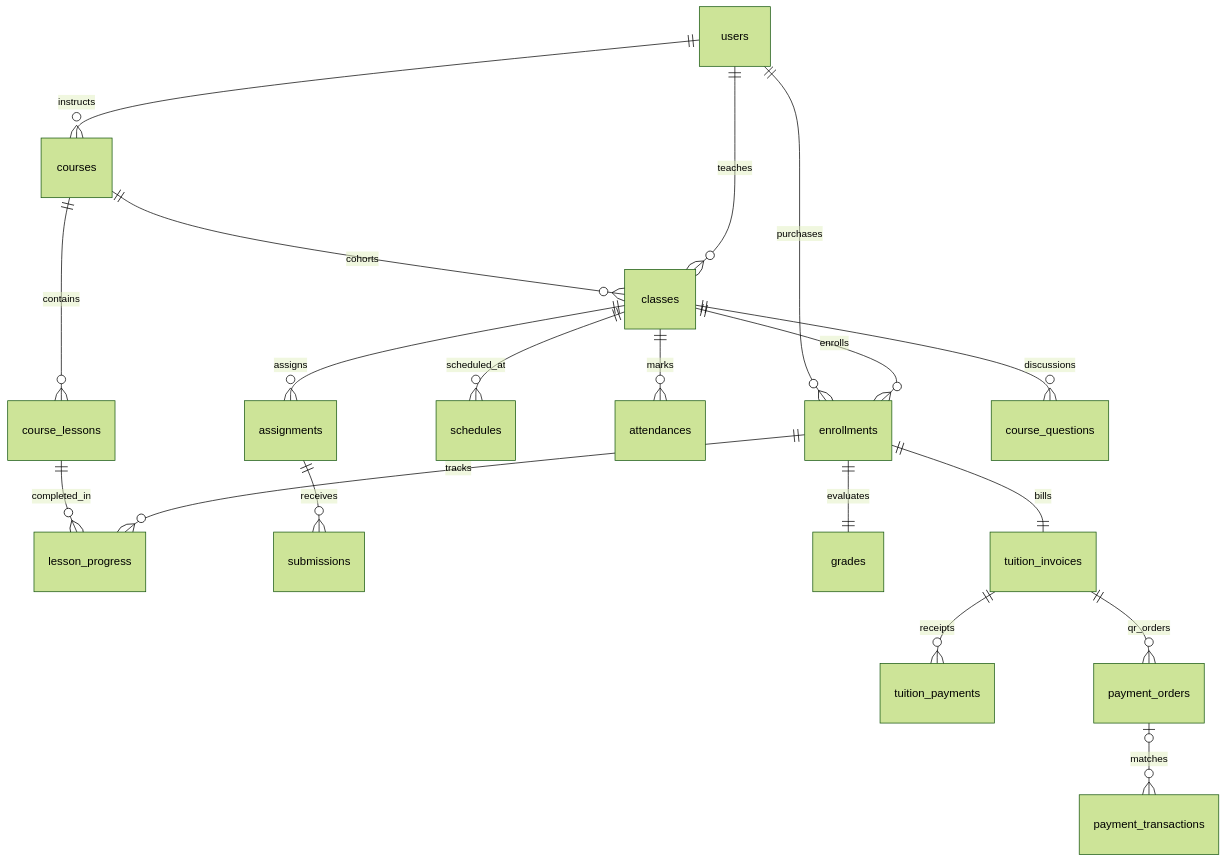
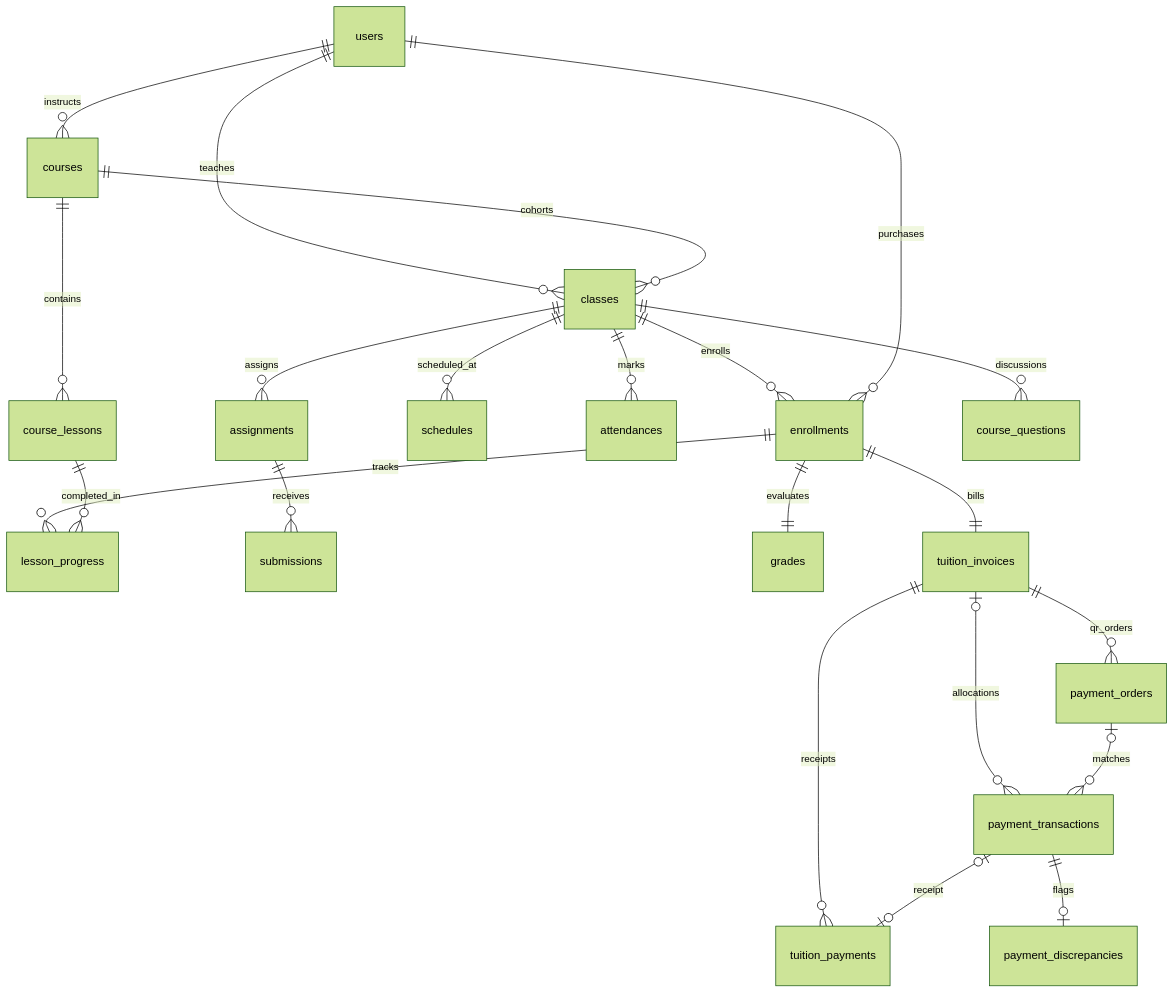
The fourth of 4 diagrams in Education Management System.md (tranminhtamtt/Education-Management-System), drawn with Mermaid (forest theme) before and after one commit. The commit also changed other lines of this file and 8 other files, not shown here.

````diff
--- a/Education Management System.md
+++ b/Education Management System.md
@@ -362,21 +428,24 @@
 ```mermaid
 erDiagram
     users ||--o{ courses : instructs
     users ||--o{ classes : teaches
     courses ||--o{ course_lessons : contains
     courses ||--o{ classes : cohorts
     classes ||--o{ enrollments : enrolls
     users ||--o{ enrollments : purchases
     enrollments ||--o{ lesson_progress : tracks
     course_lessons ||--o{ lesson_progress : completed_in
     classes ||--o{ schedules : scheduled_at
     classes ||--o{ attendances : marks
     classes ||--o{ assignments : assigns
     assignments ||--o{ submissions : receives
     classes ||--o{ course_questions : discussions
     enrollments ||--|| grades : evaluates
     enrollments ||--|| tuition_invoices : bills
     tuition_invoices ||--o{ tuition_payments : receipts
     tuition_invoices ||--o{ payment_orders : qr_orders
+    tuition_invoices |o--o{ payment_transactions : allocations
     payment_orders |o--o{ payment_transactions : matches
+    payment_transactions |o--o| tuition_payments : receipt
+    payment_transactions ||--o| payment_discrepancies : flags
 ```
````
